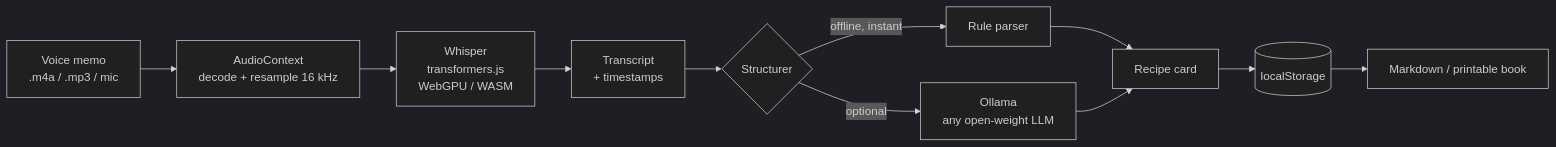
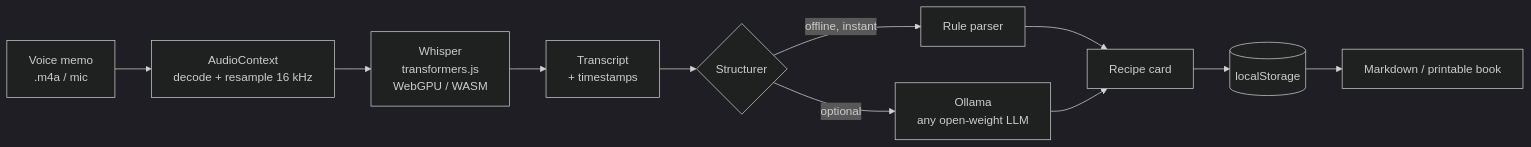
One commit to VanshajPoonia/nanis-kitchen changed the diagram in DEV-POST.md. Above: the diagram before and after it, drawn with Mermaid (dark theme). The commit also changed other lines of this file, not shown here.

````diff
--- a/DEV-POST.md
+++ b/DEV-POST.md
@@ -54,13 +32,13 @@
 ```mermaid
 flowchart LR
-  A[Voice memo<br/>.m4a / .mp3 / mic] --> B[AudioContext<br/>decode + resample 16 kHz]
+  A[Voice memo<br/>.m4a / mic] --> B[AudioContext<br/>decode + resample 16 kHz]
   B --> C[Whisper<br/>transformers.js<br/>WebGPU / WASM]
   C --> D[Transcript<br/>+ timestamps]
   D --> E{Structurer}
   E -->|offline, instant| F[Rule parser]
   E -->|optional| G[Ollama<br/>any open-weight LLM]
   F --> H[Recipe card]
   G --> H
   H --> I[(localStorage)]
   I --> J[Markdown / printable book]
 ```
````
